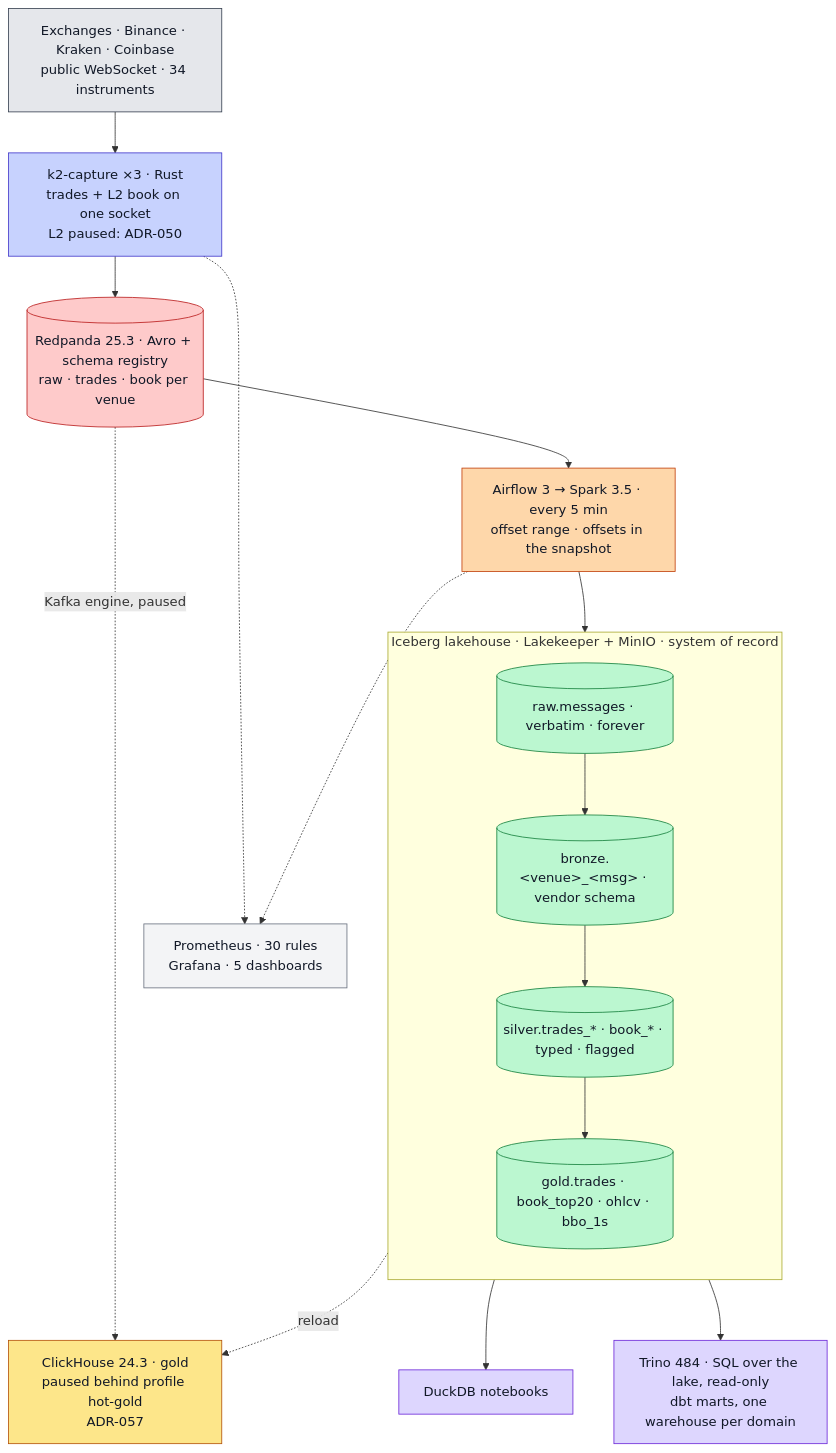
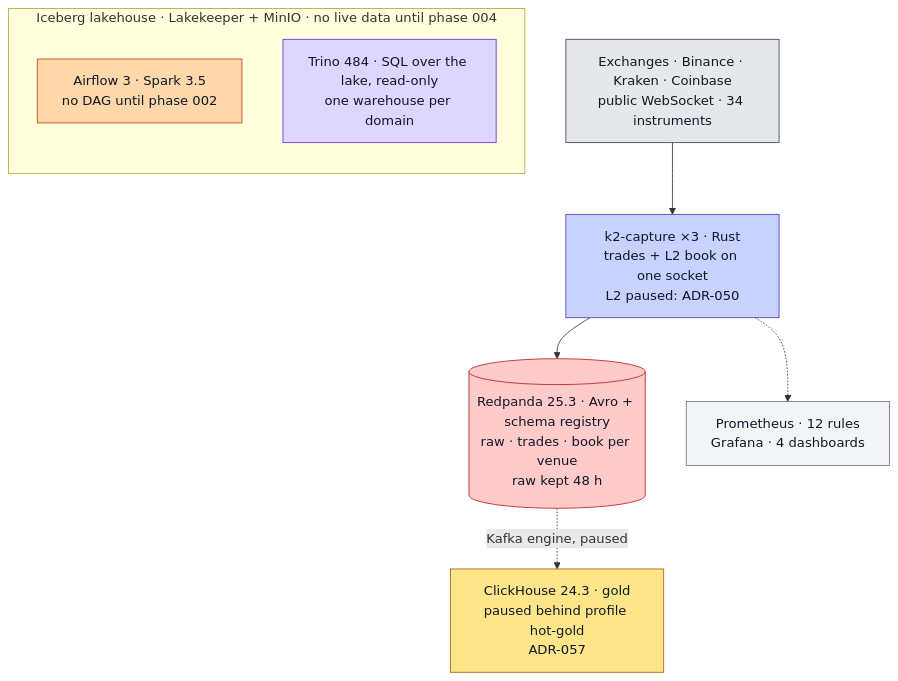
The diagram in README.md (rjdscott/k2-market-data-platform), drawn with Mermaid before and after one commit. The commit also changed other lines of this file and 31 other files, not shown here.

````diff
--- a/README.md
+++ b/README.md
@@ -73,36 +75,25 @@
 ```mermaid
 flowchart TB
   E["Exchanges · Binance · Kraken · Coinbase<br/>public WebSocket · 34 instruments"]:::ex
   F["k2-capture ×3 · Rust<br/>trades + L2 book on one socket<br/>L2 paused: ADR-050"]:::rs
-  R[("Redpanda 25.3 · Avro + schema registry<br/>raw · trades · book per venue")]:::rp
+  R[("Redpanda 25.3 · Avro + schema registry<br/>raw · trades · book per venue<br/>raw kept 48 h")]:::rp
   C["ClickHouse 24.3 · gold<br/>paused behind profile hot-gold<br/>ADR-057"]:::ch
-  S["Airflow 3 → Spark 3.5 · every 5 min<br/>offset range · offsets in the snapshot"]:::sp
-  subgraph L["Iceberg lakehouse · Lakekeeper + MinIO · system of record"]
+  subgraph L["Iceberg lakehouse · Lakekeeper + MinIO · no live data until phase 004"]
     direction TB
-    RAW[("raw.messages · verbatim · forever")]:::lk
-    BR[("bronze.&lt;venue&gt;_&lt;msg&gt; · vendor schema")]:::lk
-    SV[("silver.trades_* · book_* · typed · flagged")]:::lk
-    GD[("gold.trades · book_top20 · ohlcv · bbo_1s")]:::lk
-    RAW --> BR --> SV --> GD
+    S["Airflow 3 · Spark 3.5<br/>no DAG until phase 002"]:::sp
+    T["Trino 484 · SQL over the lake, read-only<br/>one warehouse per domain"]:::nb
   end
-  N["DuckDB notebooks"]:::nb
-  T["Trino 484 · SQL over the lake, read-only<br/>dbt marts, one warehouse per domain"]:::nb
-  O["Prometheus · 30 rules<br/>Grafana · 5 dashboards"]:::ob
+  O["Prometheus · 12 rules<br/>Grafana · 4 dashboards"]:::ob
 
   E --> F --> R
   R -.->|Kafka engine, paused| C
-  R --> S --> RAW
-  GD -.->|reload| C
-  GD --> N
-  L --> T
-  F & S -.-> O
+  F -.-> O
 
   classDef ex fill:#e5e7eb,stroke:#374151,color:#111827
   classDef rs fill:#c7d2fe,stroke:#4338ca,color:#111827
   classDef rp fill:#fecaca,stroke:#b91c1c,color:#111827
-  classDef lk fill:#bbf7d0,stroke:#15803d,color:#111827
   classDef sp fill:#fed7aa,stroke:#c2410c,color:#111827
   classDef ch fill:#fde68a,stroke:#b45309,color:#111827
   classDef nb fill:#ddd6fe,stroke:#6d28d9,color:#111827
   classDef ob fill:#f3f4f6,stroke:#6b7280,color:#111827
 ```
````
